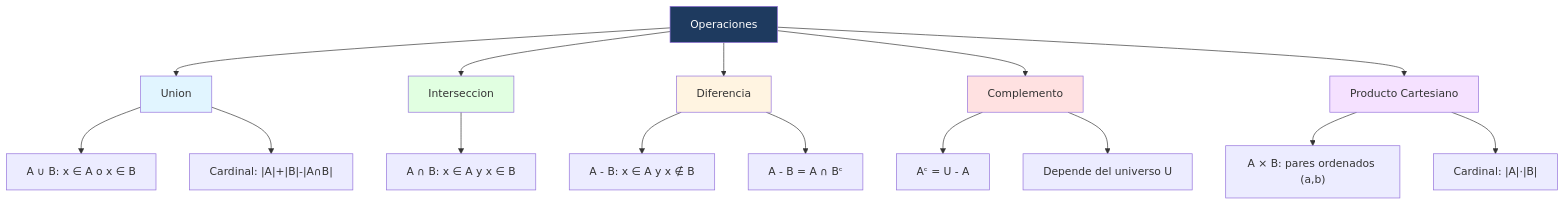
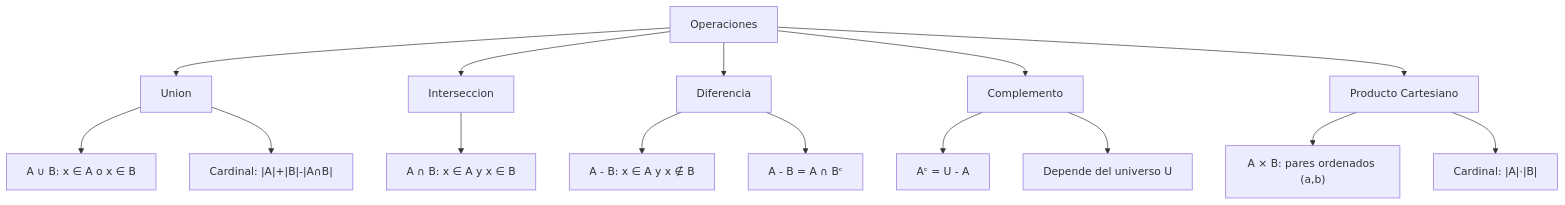
The diagram in Universidad/3er Semestre/Matemáticas Discretas/Unidad 1 - Logica y Conjuntos/IV - Teoría de Conjuntos/02 - Operaciones y Diagramas de Venn.md (Fsteven22/Notas-de-Universidad-Freddy-Sanchez-), drawn with Mermaid before and after one commit. The commit also changed other lines of this file and 1424 other files, not shown here.

````diff
--- a/Universidad/3er Semestre/Matemáticas Discretas/Unidad 1 - Logica y Conjuntos/IV - Teoría de Conjuntos/02 - Operaciones y Diagramas de Venn.md
+++ b/Universidad/3er Semestre/Matemáticas Discretas/Unidad 1 - Logica y Conjuntos/IV - Teoría de Conjuntos/02 - Operaciones y Diagramas de Venn.md
@@ -267,29 +265,23 @@
 ```mermaid
 graph TD
     A[Operaciones] --> B[Union]
     A --> C[Interseccion]
     A --> D[Diferencia]
     A --> E[Complemento]
     A --> F[Producto Cartesiano]
 
     B --> B1["A ∪ B: x ∈ A o x ∈ B"]
     B --> B2["Cardinal: |A|+|B|-|A∩B|"]
 
     C --> C1["A ∩ B: x ∈ A y x ∈ B"]
 
     D --> D1["A - B: x ∈ A y x ∉ B"]
     D --> D2["A - B = A ∩ Bᶜ"]
 
     E --> E1["Aᶜ = U - A"]
     E --> E2["Depende del universo U"]
 
     F --> F1["A × B: pares ordenados (a,b)"]
     F --> F2["Cardinal: |A|·|B|"]
 
-    style A fill:#1e3a5f,color:#fff
-    style B fill:#e1f5ff
-    style C fill:#e1ffe1
-    style D fill:#fff4e1
-    style E fill:#ffe1e1
-    style F fill:#f5e1ff
 ```
````
